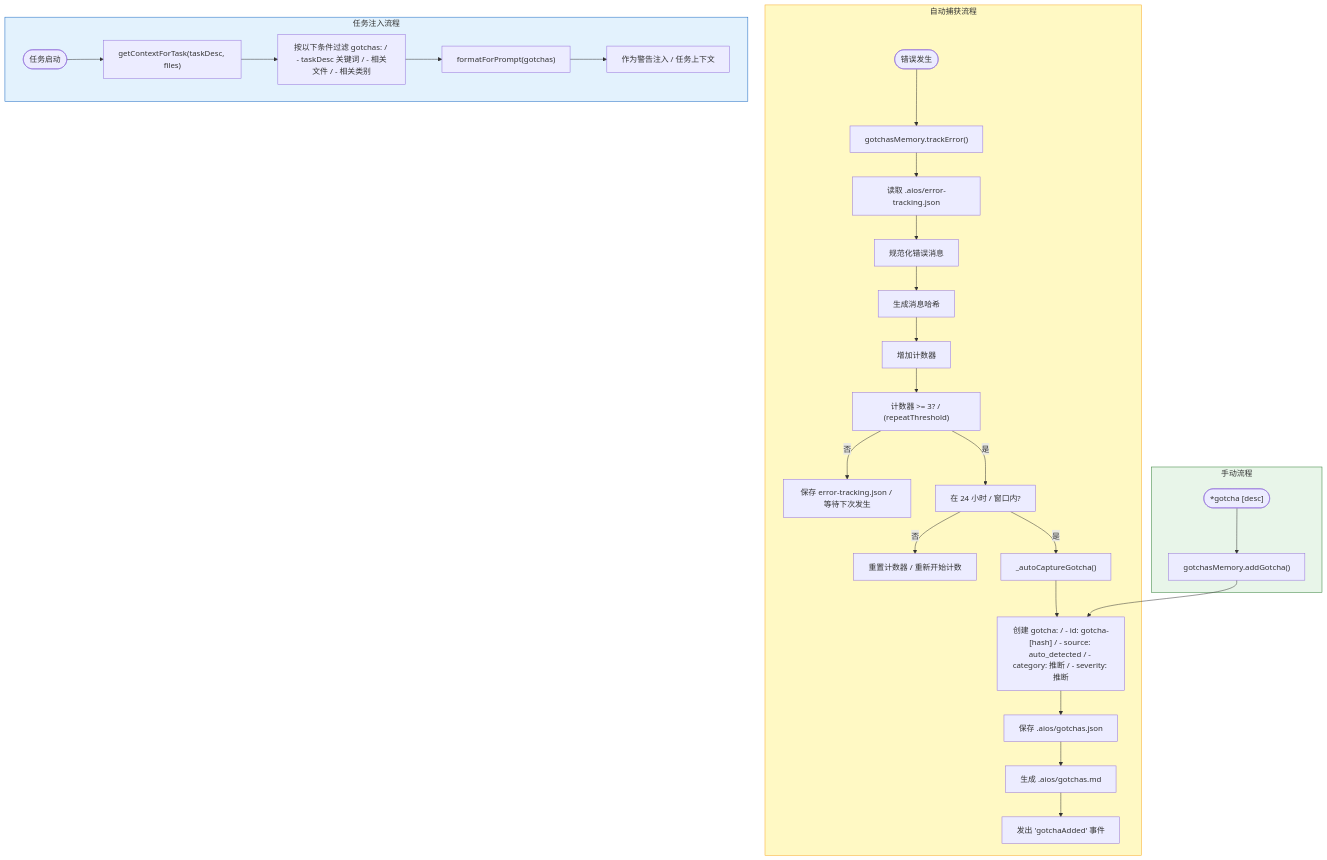
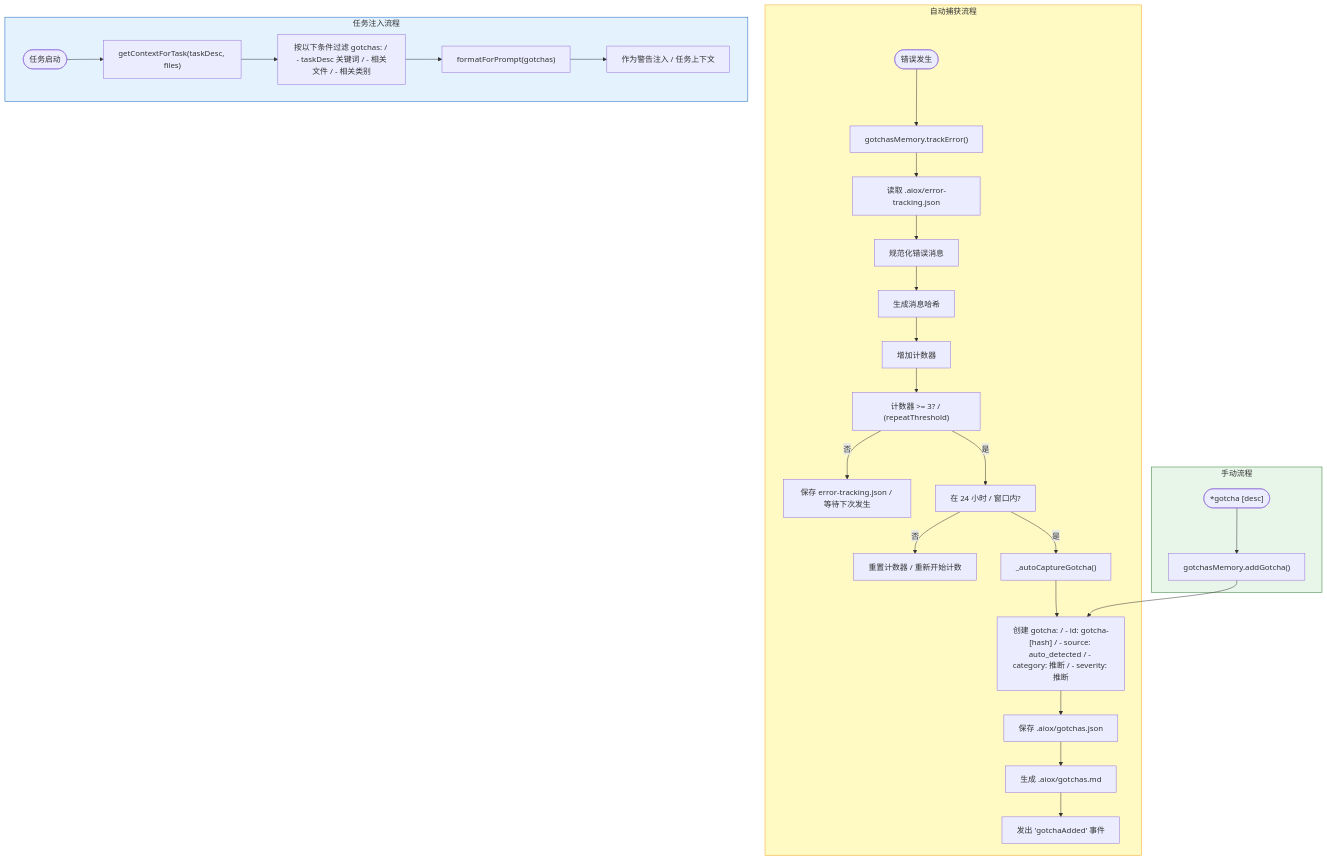
Diagram 13 of 18 in content/en/docs/zh/guides/MEMORY-SYSTEM.mdx (bychrisr/aios-docs), drawn with Mermaid before and after one commit. The commit also changed other lines of this file and 564 other files, not shown here.

````diff
--- a/content/en/docs/zh/guides/MEMORY-SYSTEM.mdx
+++ b/content/en/docs/zh/guides/MEMORY-SYSTEM.mdx
@@ -602,39 +602,39 @@
 ```mermaid
 flowchart TD
     subgraph ERROR_FLOW["自动捕获流程"]
         ERR([错误发生]) --> TRACK["gotchasMemory.trackError()"]
-        TRACK --> READ_ET["读取 .aios/error-tracking.json"]
+        TRACK --> READ_ET["读取 .aiox/error-tracking.json"]
         READ_ET --> NORMALIZE["规范化错误消息"]
         NORMALIZE --> HASH["生成消息哈希"]
         HASH --> INCREMENT["增加计数器"]
         INCREMENT --> CHECK["计数器 >= 3? / (repeatThreshold)"]
 
         CHECK -->|"否"| SAVE_ET["保存 error-tracking.json / 等待下次发生"]
         CHECK -->|"是"| WINDOW["在 24 小时 / 窗口内?"]
 
         WINDOW -->|"否"| RESET["重置计数器 / 重新开始计数"]
         WINDOW -->|"是"| AUTO_CAPTURE["_autoCaptureGotcha()"]
 
         AUTO_CAPTURE --> CREATE["创建 gotcha: / - id: gotcha-[hash] / - source: auto_detected / - category: 推断 / - severity: 推断"]
 
-        CREATE --> SAVE_JSON["保存 .aios/gotchas.json"]
-        SAVE_JSON --> SAVE_MD["生成 .aios/gotchas.md"]
+        CREATE --> SAVE_JSON["保存 .aiox/gotchas.json"]
+        SAVE_JSON --> SAVE_MD["生成 .aiox/gotchas.md"]
         SAVE_MD --> EMIT["发出 'gotchaAdded' 事件"]
     end
 
     subgraph MANUAL_FLOW["手动流程"]
         CMD(["*gotcha [desc]"]) --> ADD["gotchasMemory.addGotcha()"]
         ADD --> CREATE
     end
 
     subgraph INJECTION_FLOW["任务注入流程"]
         TASK([任务启动]) --> QUERY["getContextForTask(taskDesc, files)"]
         QUERY --> MATCH["按以下条件过滤 gotchas: / - taskDesc 关键词 / - 相关文件 / - 相关类别"]
         MATCH --> FORMAT["formatForPrompt(gotchas)"]
         FORMAT --> INJECT["作为警告注入 / 任务上下文"]
     end
 
     style ERROR_FLOW fill:#FFF9C4,stroke:#F9A825
     style MANUAL_FLOW fill:#E8F5E9,stroke:#2E7D32
     style INJECTION_FLOW fill:#E3F2FD,stroke:#1565C0
 ```
````
